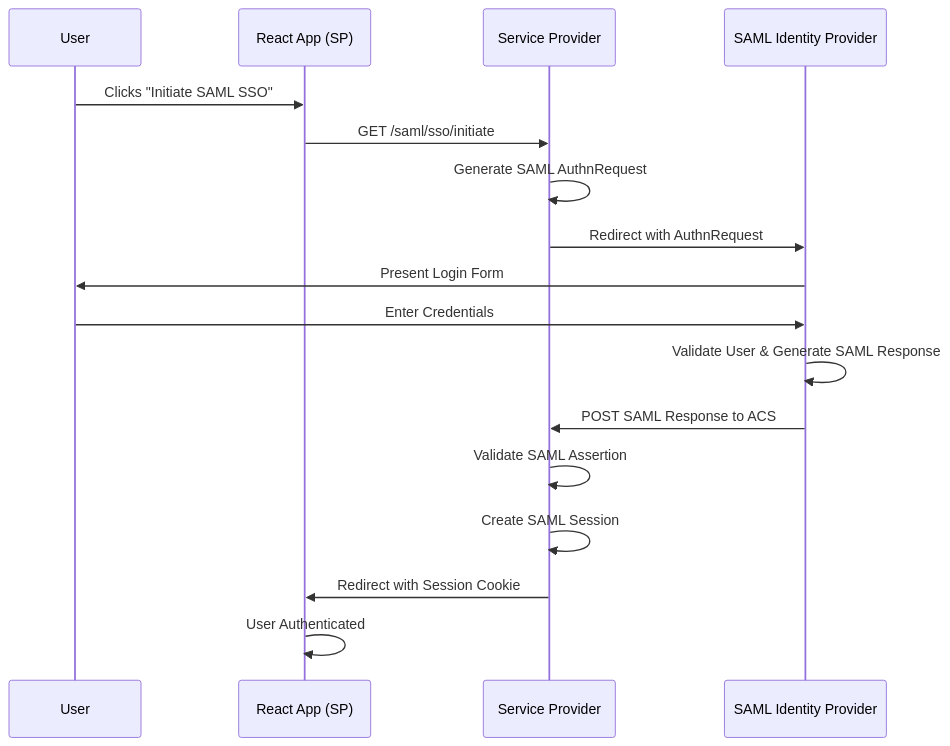
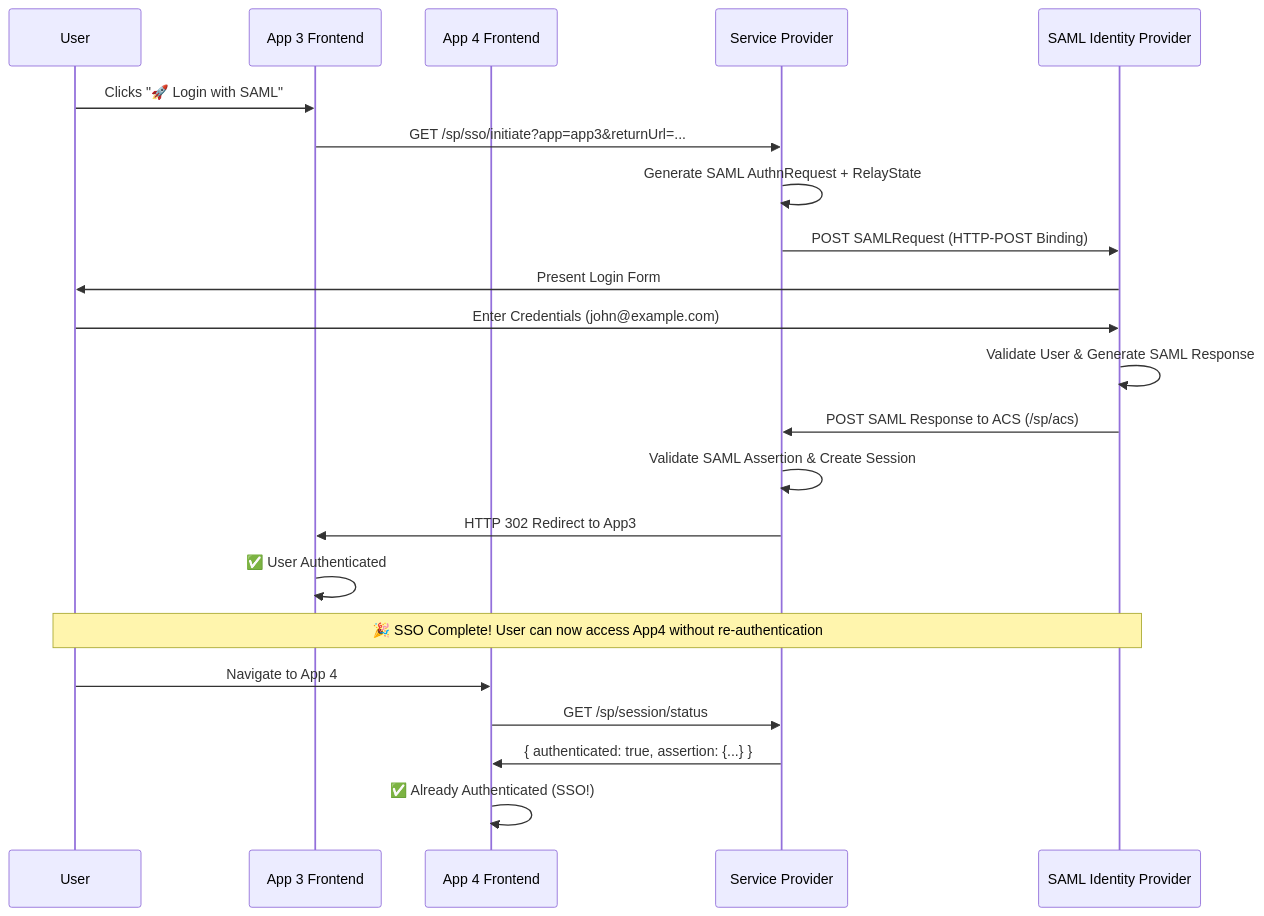
One commit to chungminhtu/oauth2-mini-demo changed the fifth of 8 diagrams in readme.md. Above: the diagram before and after it, drawn with Mermaid. The commit also changed other lines of this file, not shown here.

````diff
--- a/readme.md
+++ b/readme.md
@@ -141,20 +161,27 @@
 ```mermaid
 sequenceDiagram
     participant User
-    participant ReactApp as React App (SP)
-    participant ServiceProvider as Service Provider
-    participant IdentityProvider as SAML Identity Provider
+    participant App3 as App 3 Frontend
+    participant App4 as App 4 Frontend
+    participant SP as Service Provider
+    participant IdP as SAML Identity Provider
 
-    User->>ReactApp: Clicks "Initiate SAML SSO"
-    ReactApp->>ServiceProvider: GET /saml/sso/initiate
-    ServiceProvider->>ServiceProvider: Generate SAML AuthnRequest
-    ServiceProvider->>IdentityProvider: Redirect with AuthnRequest
-    IdentityProvider->>User: Present Login Form
-    User->>IdentityProvider: Enter Credentials
-    IdentityProvider->>IdentityProvider: Validate User & Generate SAML Response
-    IdentityProvider->>ServiceProvider: POST SAML Response to ACS
-    ServiceProvider->>ServiceProvider: Validate SAML Assertion
-    ServiceProvider->>ServiceProvider: Create SAML Session
-    ServiceProvider->>ReactApp: Redirect with Session Cookie
-    ReactApp->>ReactApp: User Authenticated
+    User->>App3: Clicks "🚀 Login with SAML"
+    App3->>SP: GET /sp/sso/initiate?app=app3&returnUrl=...
+    SP->>SP: Generate SAML AuthnRequest + RelayState
+    SP->>IdP: POST SAMLRequest (HTTP-POST Binding)
+    IdP->>User: Present Login Form
+    User->>IdP: Enter Credentials (john@example.com)
+    IdP->>IdP: Validate User & Generate SAML Response
+    IdP->>SP: POST SAML Response to ACS (/sp/acs)
+    SP->>SP: Validate SAML Assertion & Create Session
+    SP->>App3: HTTP 302 Redirect to App3
+    App3->>App3: ✅ User Authenticated
+    
+    Note over User,IdP: 🎉 SSO Complete! User can now access App4 without re-authentication
+    
+    User->>App4: Navigate to App 4
+    App4->>SP: GET /sp/session/status
+    SP->>App4: { authenticated: true, assertion: {...} }
+    App4->>App4: ✅ Already Authenticated (SSO!)
 ```
````
